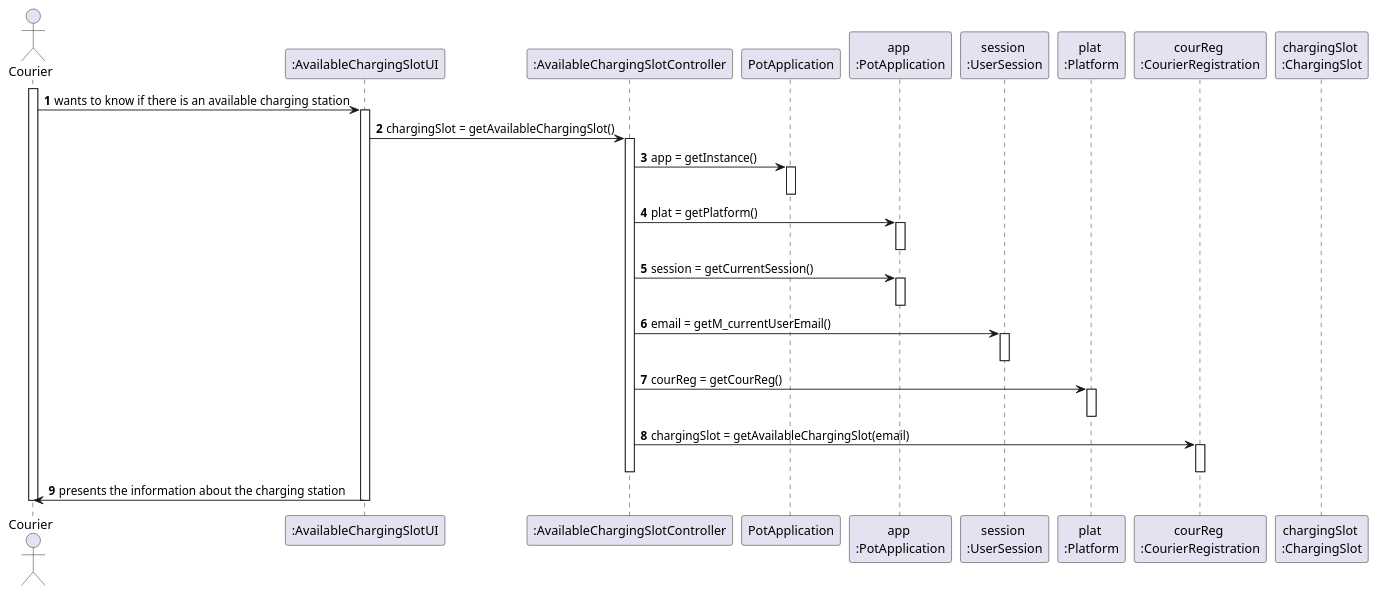
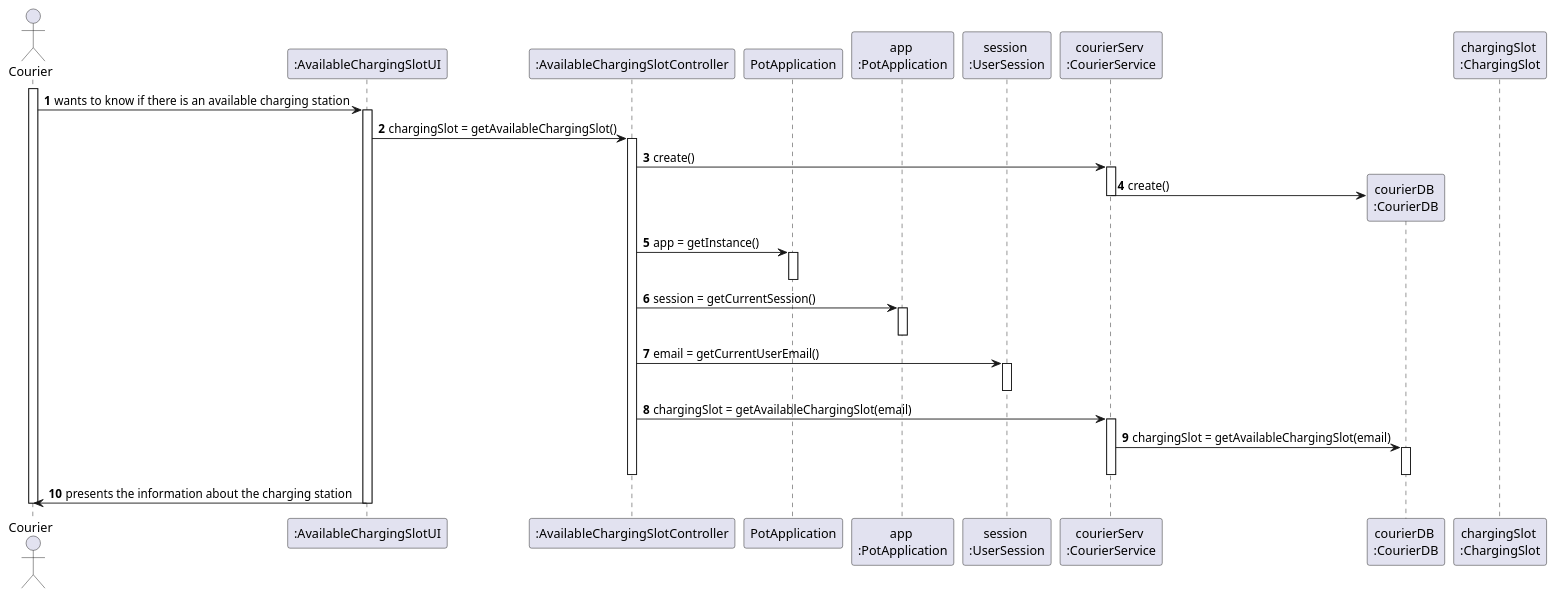
The diagram in docs/Iteration 2/Delivery Management/Refinement/US77_AvailableChargingSlot/US77_SD.puml (tiagoavcosta25/LAPR3), drawn with PlantUML before and after one commit. The commit also changed 3 other files, not shown here.

Commit message:
LAPR2AP2-77 #refining AvailableChargingSlot [Analysis] LAPR2AP2-77 #refining AvailableChargingSlot [Design] LAPR2AP2-205 #close StartDeliveryRun [Design]

```diff
--- a/docs/Iteration 2/Delivery Management/Refinement/US77_AvailableChargingSlot/US77_SD.puml
+++ b/docs/Iteration 2/Delivery Management/Refinement/US77_AvailableChargingSlot/US77_SD.puml
@@ -1,47 +1,49 @@
 @startuml
 autonumber
 actor "Courier" as COURIER
 
 participant ":AvailableChargingSlotUI" as UI
 participant ":AvailableChargingSlotController" as CTRL
 participant "PotApplication" as PA
 participant "app \n:PotApplication" as APA
 participant "session \n:UserSession" as US
-participant "plat \n:Platform" as PLAT
-participant "courReg \n:CourierRegistration" as RF
+participant "courierServ \n:CourierService" as CSS
+participant "courierDB \n:CourierDB" as CDB
 participant "chargingSlot \n:ChargingSlot" as CS
+
 
 
 activate COURIER
 
 COURIER -> UI :  wants to know if there is an available charging station
 activate UI
 UI -> CTRL : chargingSlot = getAvailableChargingSlot()
 activate CTRL
+CTRL -> CSS : create()
+activate CSS
+CSS -> CDB** : create()
+deactivate CSS
 CTRL -> PA : app = getInstance()
 activate PA
 deactivate PA
-CTRL -> APA : plat = getPlatform()
-activate APA
-deactivate APA
 CTRL -> APA : session = getCurrentSession()
 activate APA
 deactivate APA
-CTRL -> US : email = getM_currentUserEmail()
+CTRL -> US : email = getCurrentUserEmail()
 activate US
 deactivate US
-CTRL -> PLAT : courReg = getCourReg()
-activate PLAT
-deactivate PLAT
-CTRL -> RF : chargingSlot = getAvailableChargingSlot(email)
-activate RF
-deactivate RF
+CTRL -> CSS : chargingSlot = getAvailableChargingSlot(email)
+activate CSS
+CSS -> CDB : chargingSlot = getAvailableChargingSlot(email)
+activate CDB
+deactivate CSS
+deactivate CDB
 deactivate CTRL
 
 
 UI -> COURIER : presents the information about the charging station
 deactivate UI
 
 deactivate COURIER
 
 @enduml
```
